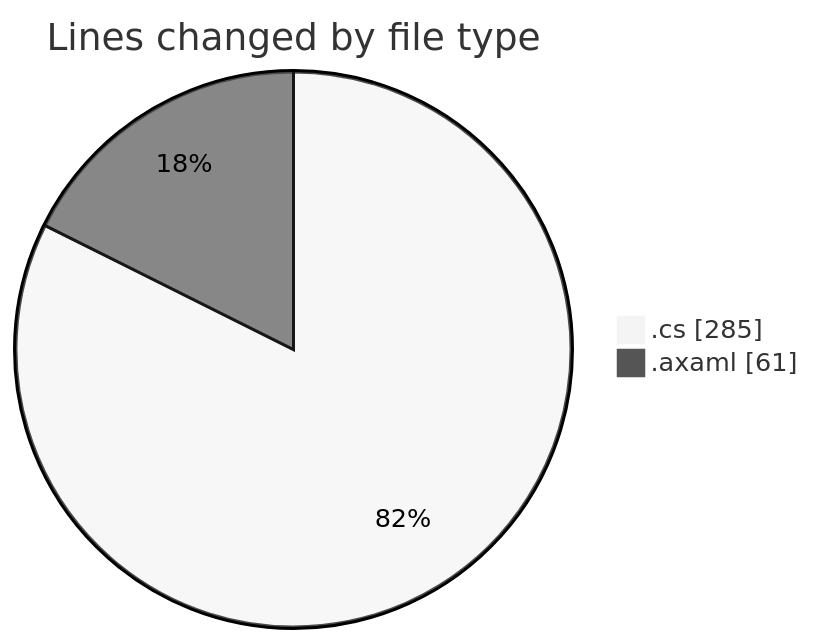
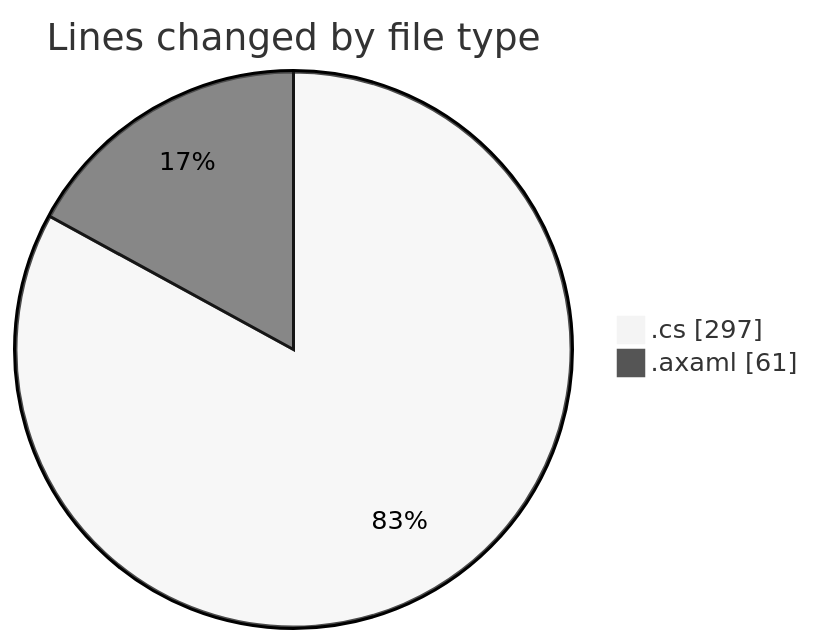
Before and after one commit to Netris89/code-tracking: the first of 2 diagrams in 2025-10-26/skintrack/README.md, drawn with Mermaid (neutral theme). The commit also changed other lines of this file and 1 other file, not shown here.

````diff
--- a/2025-10-26/skintrack/README.md
+++ b/2025-10-26/skintrack/README.md
@@ -27,6 +27,6 @@
 ```mermaid
 pie showData
 title Lines changed by file type
-".cs" : 285
+".cs" : 297
 ".axaml" : 61
 ```
````
